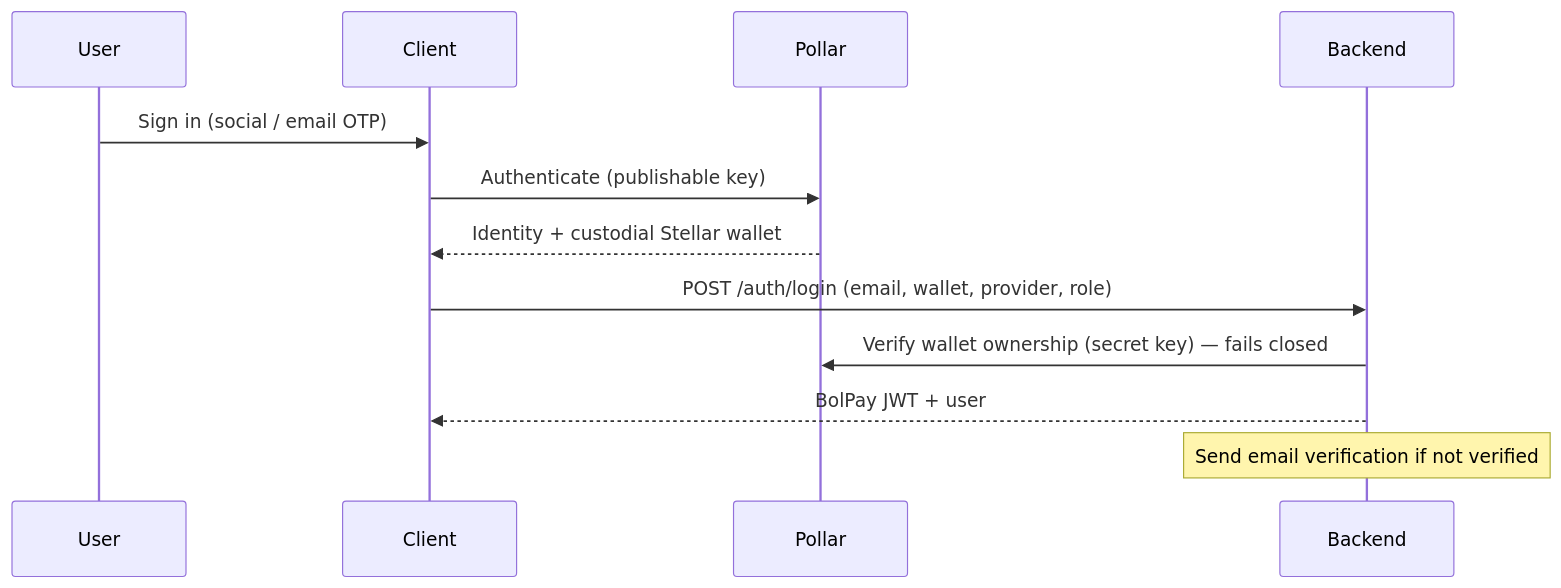
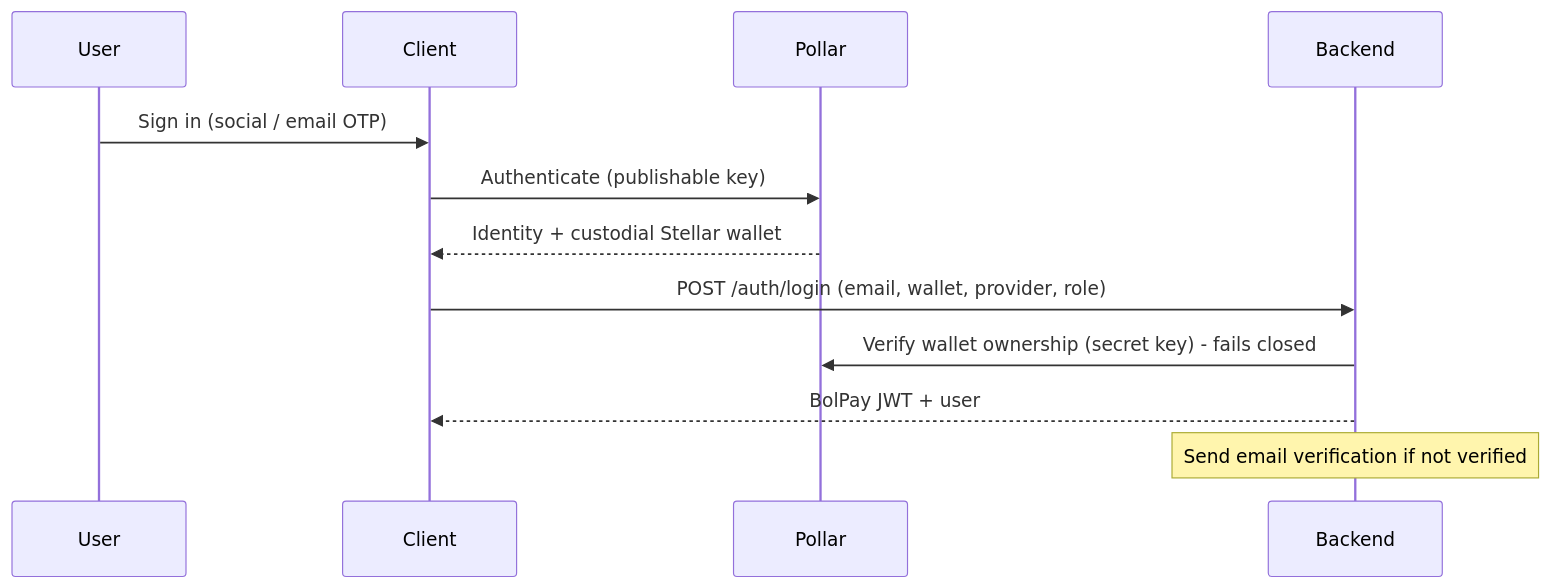
The second of 7 diagrams in docs/architecture.md (diegoveme/BolPay), drawn with Mermaid before and after one commit. The commit also changed other lines of this file and 3 other files, not shown here.

````diff
--- a/docs/architecture.md
+++ b/docs/architecture.md
@@ -164,15 +164,15 @@
 ```mermaid
 sequenceDiagram
     participant U as User
     participant C as Client
     participant P as Pollar
     participant API as Backend
 
     U->>C: Sign in (social / email OTP)
     C->>P: Authenticate (publishable key)
     P-->>C: Identity + custodial Stellar wallet
     C->>API: POST /auth/login (email, wallet, provider, role)
-    API->>P: Verify wallet ownership (secret key) — fails closed
+    API->>P: Verify wallet ownership (secret key) - fails closed
     API-->>C: BolPay JWT + user
     Note over API: Send email verification if not verified
 ```
````
